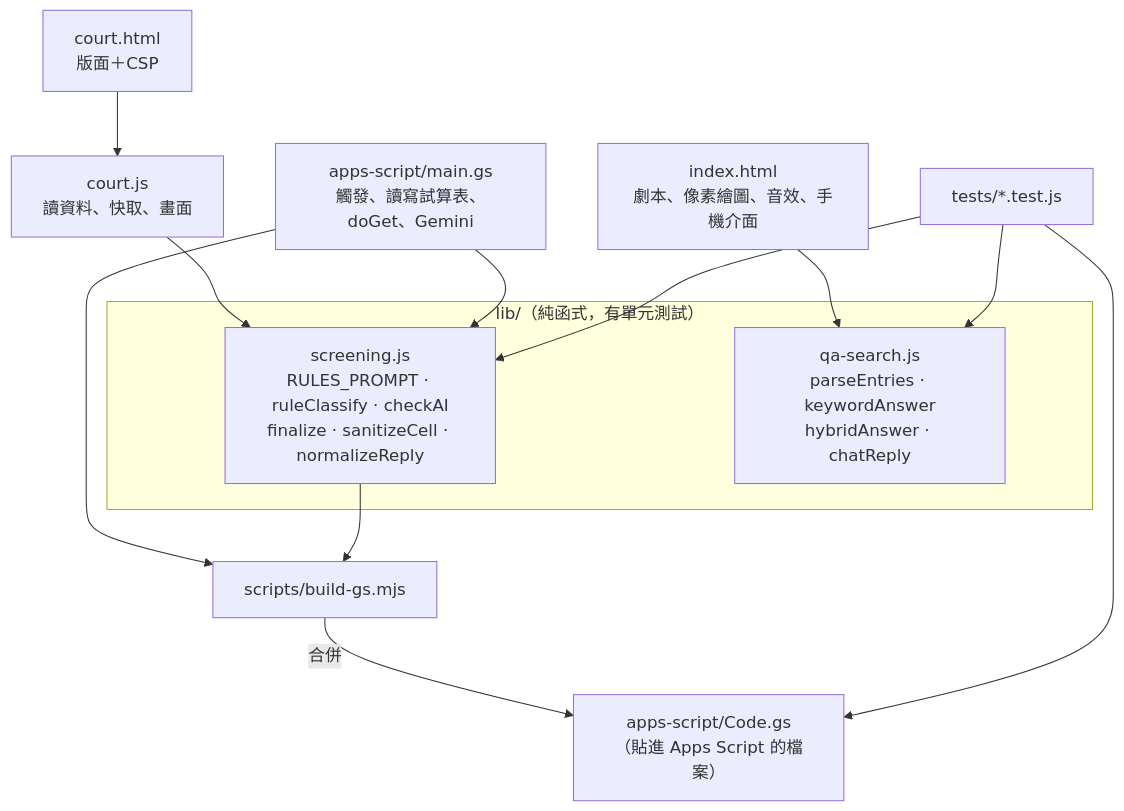
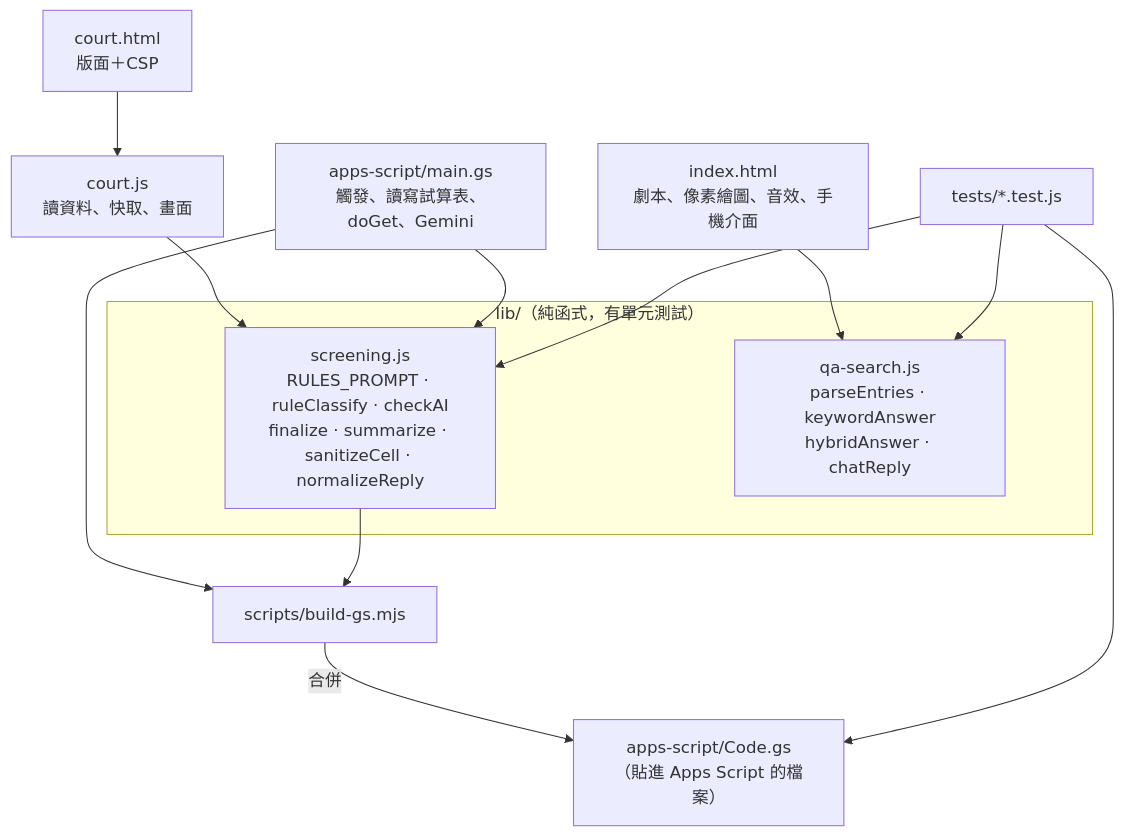
One commit to ammieliu-jpg/juror-preview changed the sixth of 6 diagrams in docs/ARCHITECTURE.md. Above: the diagram before and after it, drawn with Mermaid. The commit also changed other lines of this file and 15 other files, not shown here.

````diff
--- a/docs/ARCHITECTURE.md
+++ b/docs/ARCHITECTURE.md
@@ -196,15 +199,15 @@
 ```mermaid
 flowchart TB
   subgraph 共用純函式["lib/（純函式，有單元測試）"]
-    SC["screening.js<br/>RULES_PROMPT · ruleClassify · checkAI<br/>finalize · sanitizeCell · normalizeReply"]
+    SC["screening.js<br/>RULES_PROMPT · ruleClassify · checkAI<br/>finalize · summarize · sanitizeCell · normalizeReply"]
     QA["qa-search.js<br/>parseEntries · keywordAnswer<br/>hybridAnswer · chatReply"]
   end
   IDX["index.html<br/>劇本、像素繪圖、音效、手機介面"] --> QA
   CJ["court.js<br/>讀資料、快取、畫面"] --> SC
   CH["court.html<br/>版面＋CSP"] --> CJ
   MG["apps-script/main.gs<br/>觸發、讀寫試算表、doGet、Gemini"] --> SC
   BG["scripts/build-gs.mjs"] -->|合併| CODE["apps-script/Code.gs<br/>（貼進 Apps Script 的檔案）"]
   MG --> BG
   SC --> BG
   T["tests/*.test.js"] --> SC & QA & CODE
 ```
````
